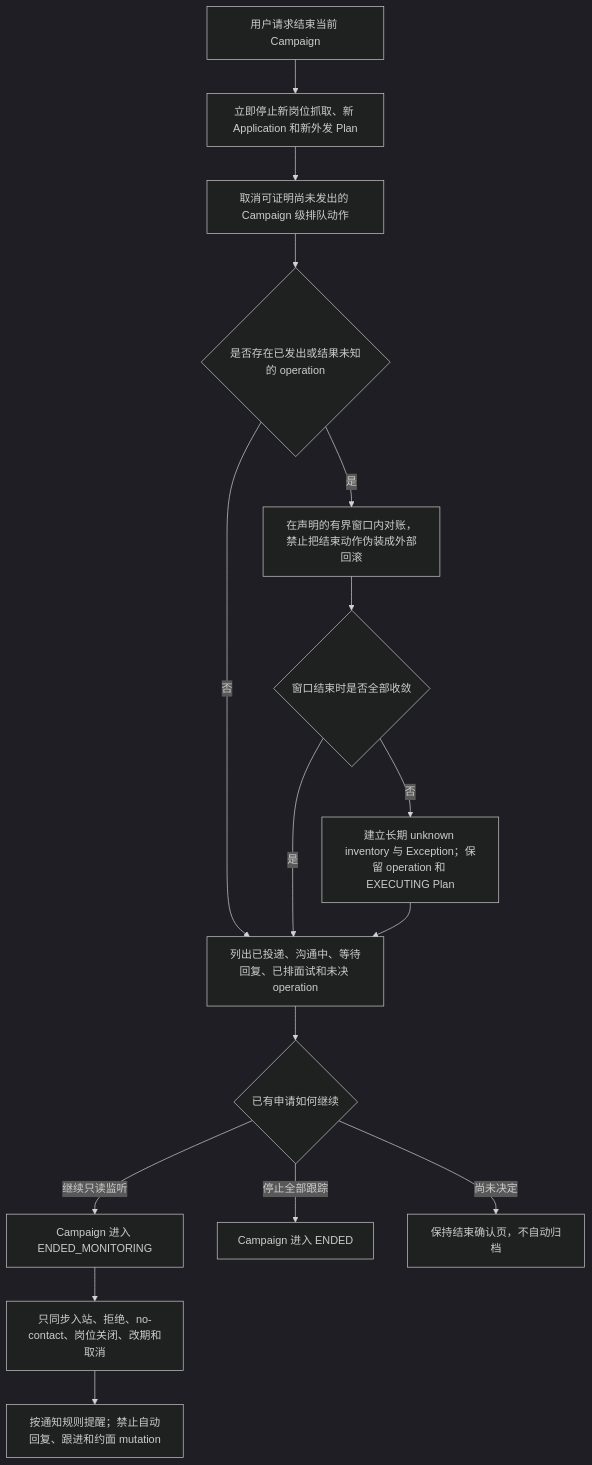
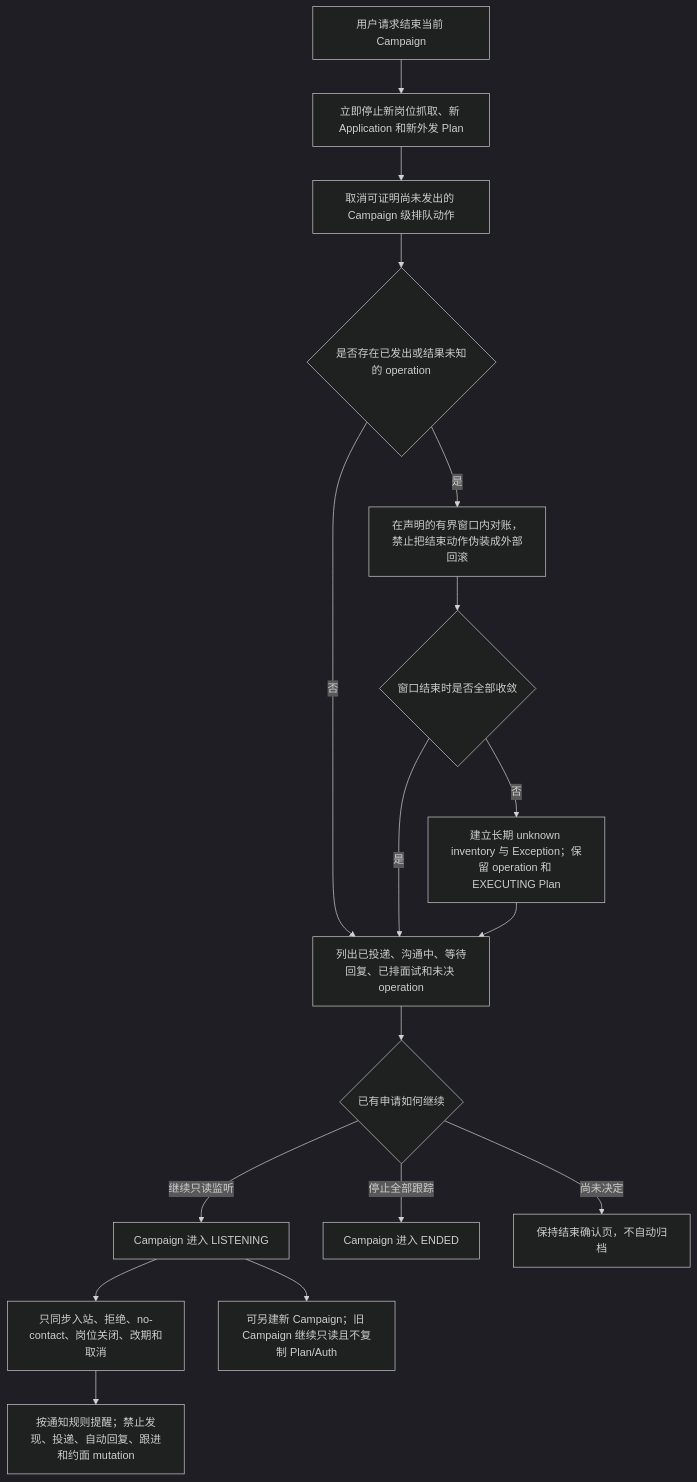
Diagram 14 of 21 in docs/product/uml/04-activity-flows.md (AnnCYW-cm/rolefox), drawn with Mermaid (dark theme) before and after one commit. The commit also changed other lines of this file and 22 other files, not shown here.

Commit message:
docs: accept v0.1 product and UML baseline

````diff
--- a/docs/product/uml/04-activity-flows.md
+++ b/docs/product/uml/04-activity-flows.md
@@ -498,21 +618,22 @@
 ```mermaid
 flowchart TB
     %% @anchor CAMPAIGN_END
     %% @anchor READ_ONLY_MONITOR
     %% @anchor LONG_UNKNOWN_INVENTORY
     Request[用户请求结束当前 Campaign] --> Freeze[立即停止新岗位抓取、新 Application 和新外发 Plan]
     Freeze --> Queue[取消可证明尚未发出的 Campaign 级排队动作]
     Queue --> InFlight{是否存在已发出或结果未知的 operation}
     InFlight -->|是| Reconcile[在声明的有界窗口内对账，禁止把结束动作伪装成外部回滚]
     InFlight -->|否| Inventory
     Reconcile --> Settled{窗口结束时是否全部收敛}
     Settled -->|是| Inventory
     Settled -->|否| LongUnknown[建立长期 unknown inventory 与 Exception；保留 operation 和 EXECUTING Plan]
     LongUnknown --> Inventory[列出已投递、沟通中、等待回复、已排面试和未决 operation]
     Inventory --> Choice{已有申请如何继续}
-    Choice -->|继续只读监听| Monitoring[Campaign 进入 ENDED_MONITORING]
+    Choice -->|继续只读监听| Monitoring[Campaign 进入 LISTENING]
     Monitoring --> Observe[只同步入站、拒绝、no-contact、岗位关闭、改期和取消]
-    Observe --> Notify[按通知规则提醒；禁止自动回复、跟进和约面 mutation]
+    Observe --> Notify[按通知规则提醒；禁止发现、投递、自动回复、跟进和约面 mutation]
+    Monitoring --> NewCycle[可另建新 Campaign；旧 Campaign 继续只读且不复制 Plan/Auth]
     Choice -->|停止全部跟踪| Ended[Campaign 进入 ENDED]
     Choice -->|尚未决定| Hold[保持结束确认页，不自动归档]
 ```
````
